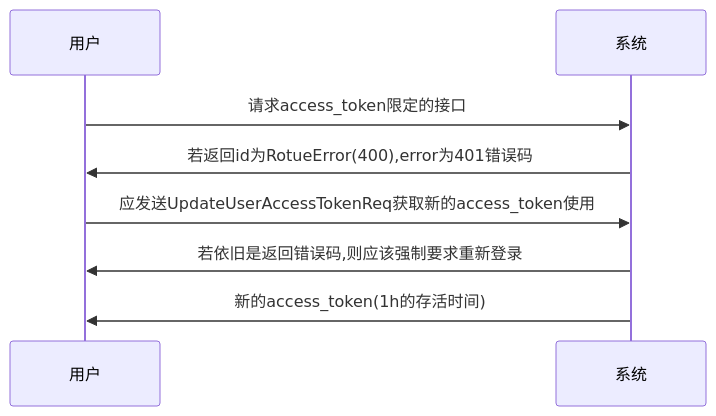
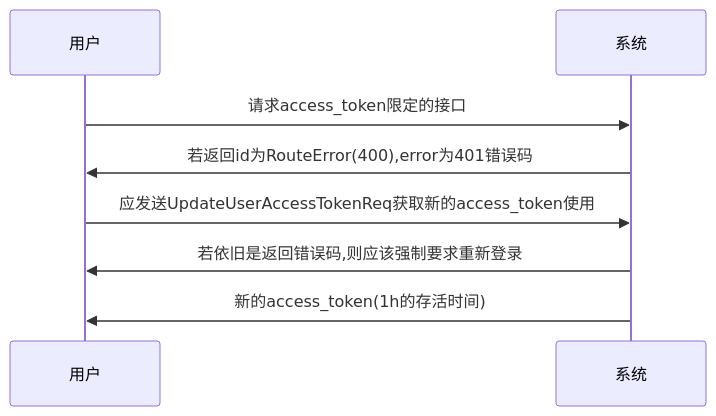
One commit to PigChessServerDepartment/KGT-PigChessGateServer changed the third of 4 diagrams in README.md. Above: the diagram before and after it, drawn with Mermaid. The commit also changed other lines of this file and 2 other files, not shown here.

Commit message:
RotueError改RouteError的单词错误，README中添加好友功能流程图，UpdateFriendApplyStatues的new-status的解释修改

````diff
--- a/README.md
+++ b/README.md
@@ -336,11 +337,11 @@
 ```mermaid
 sequenceDiagram
     participant A as 用户
     participant B as 系统
     A->>B:请求access_token限定的接口
-    B->>A:若返回id为RotueError(400),error为401错误码
+    B->>A:若返回id为RouteError(400),error为401错误码
     A->>B:应发送UpdateUserAccessTokenReq获取新的access_token使用
     B->>A:若依旧是返回错误码,则应该强制要求重新登录
     B->>A:新的access_token(1h的存活时间)
 
 ```
````
